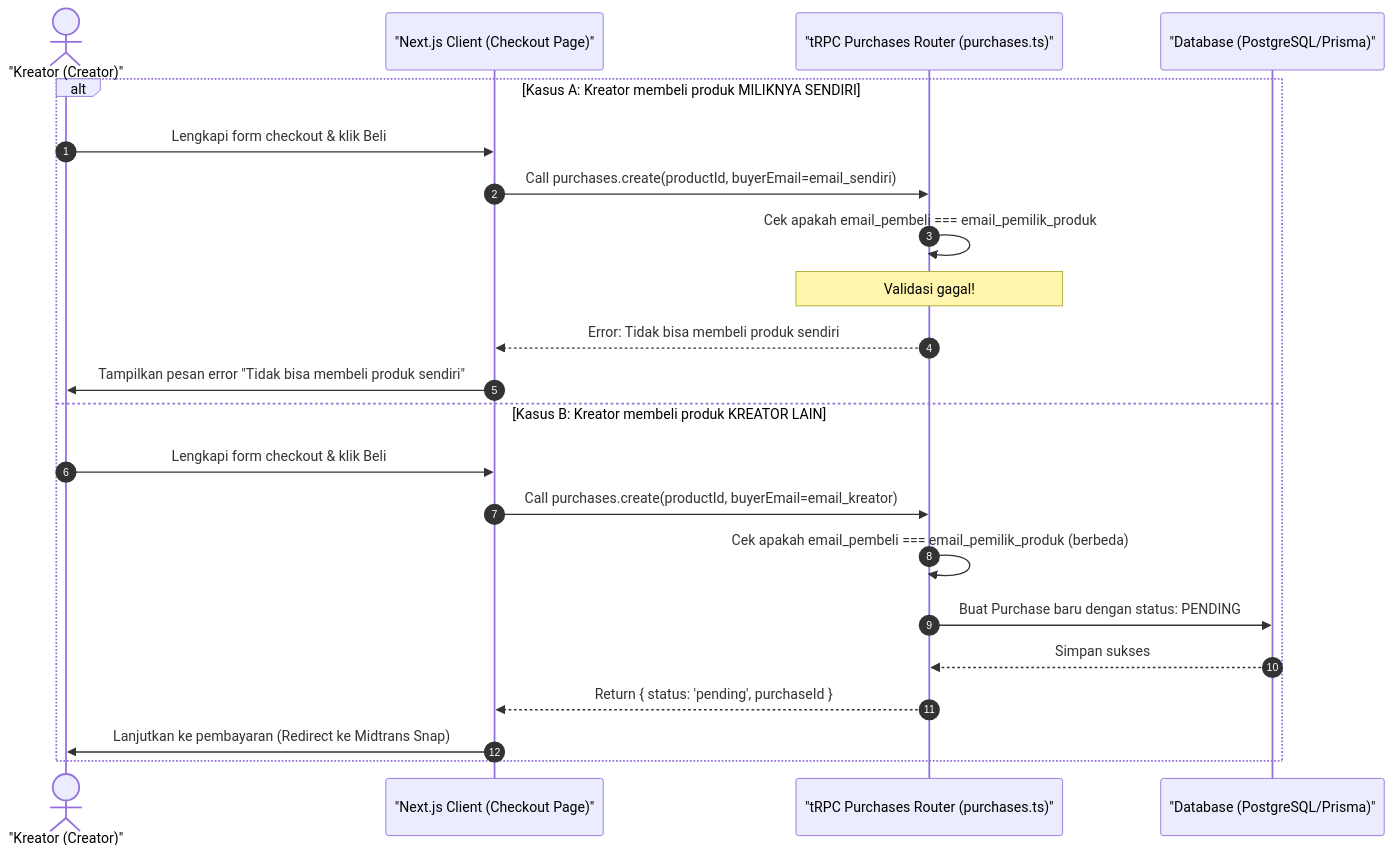
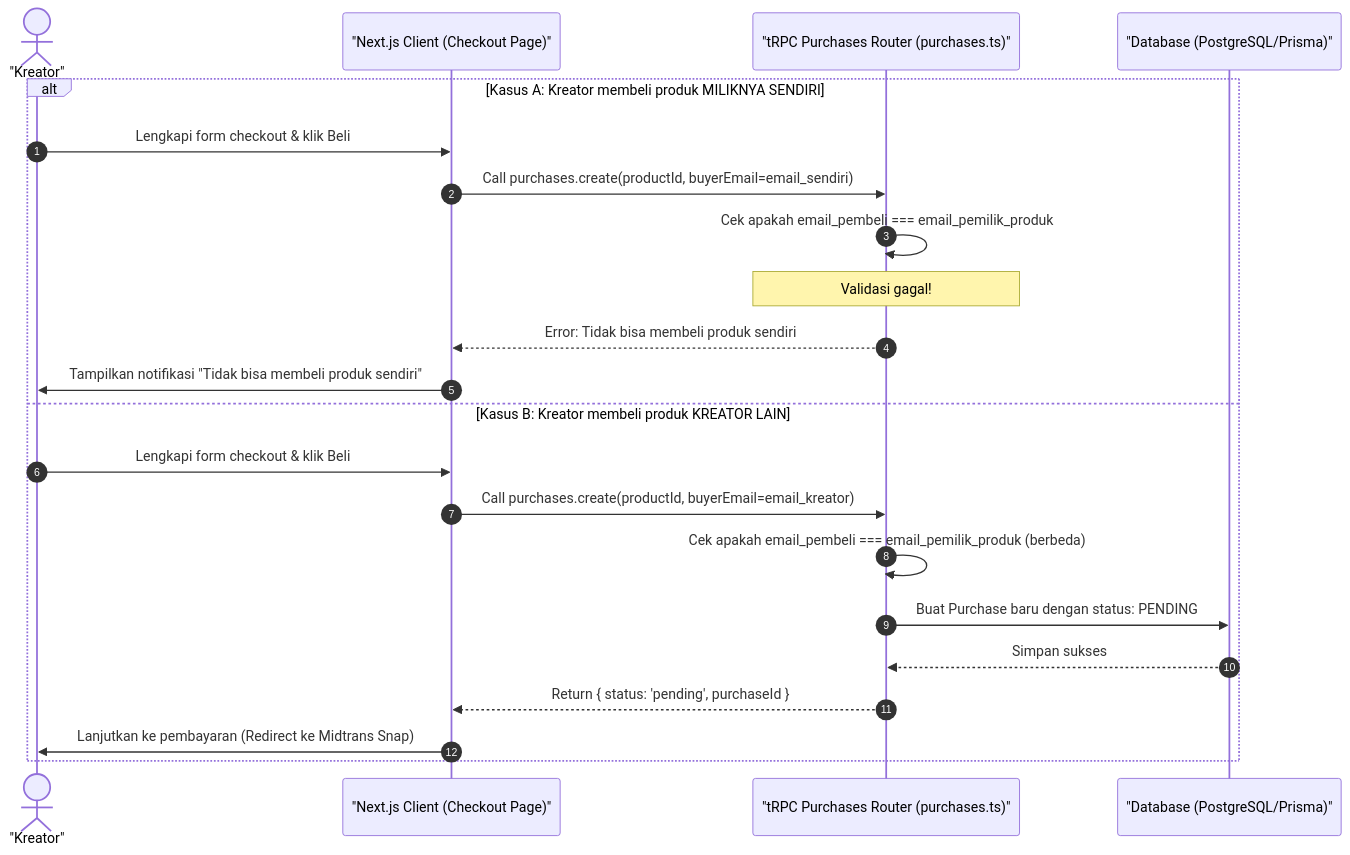
The diagram in docs/38-creator-checkout.md (luputer/CuanIN), drawn with Mermaid before and after one commit. The commit also changed 53 other files, not shown here.

````diff
--- a/docs/38-creator-checkout.md
+++ b/docs/38-creator-checkout.md
@@ -5,26 +5,26 @@
 ```mermaid
 sequenceDiagram
     autonumber
-    actor Creator as "Kreator (Creator)"
+    actor Creator as "Kreator"
     participant Client as "Next.js Client (Checkout Page)"
     participant Server as "tRPC Purchases Router (purchases.ts)"
     participant DB as "Database (PostgreSQL/Prisma)"
 
     alt Kasus A: Kreator membeli produk MILIKNYA SENDIRI
         Creator->>Client: Lengkapi form checkout & klik Beli
         Client->>Server: Call purchases.create(productId, buyerEmail=email_sendiri)
         Server->>Server: Cek apakah email_pembeli === email_pemilik_produk
         Note over Server: Validasi gagal!
         Server-->>Client: Error: Tidak bisa membeli produk sendiri
-        Client->>Creator: Tampilkan pesan error "Tidak bisa membeli produk sendiri"
+        Client->>Creator: Tampilkan notifikasi "Tidak bisa membeli produk sendiri"
     else Kasus B: Kreator membeli produk KREATOR LAIN
         Creator->>Client: Lengkapi form checkout & klik Beli
         Client->>Server: Call purchases.create(productId, buyerEmail=email_kreator)
         Server->>Server: Cek apakah email_pembeli === email_pemilik_produk (berbeda)
         Server->>DB: Buat Purchase baru dengan status: PENDING
         DB-->>Server: Simpan sukses
         Server-->>Client: Return { status: 'pending', purchaseId }
         Client->>Creator: Lanjutkan ke pembayaran (Redirect ke Midtrans Snap)
     end
 
 ```
````
